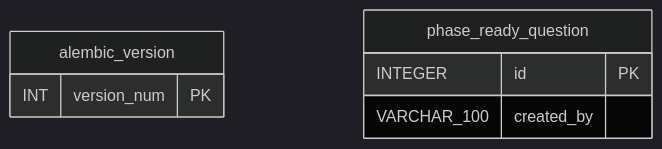
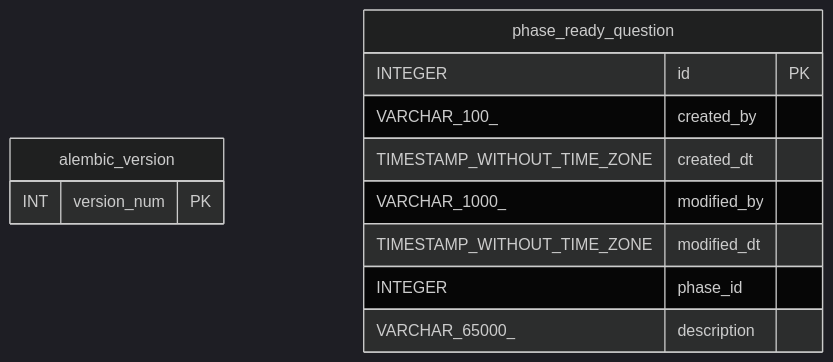
Before and after one commit to michaelaltmann/testmd: the diagram in README.md, drawn with Mermaid (dark theme).

````diff
--- a/README.md
+++ b/README.md
@@ -1,10 +1,15 @@
 ```mermaid
 erDiagram
 alembic_version {
    INT version_num PK
 }
 phase_ready_question {
     INTEGER id PK
-    VARCHAR_100 created_by
+    VARCHAR_100_ created_by 
+    TIMESTAMP_WITHOUT_TIME_ZONE created_dt 
+    VARCHAR_1000_ modified_by 
+    TIMESTAMP_WITHOUT_TIME_ZONE modified_dt 
+    INTEGER phase_id 
+    VARCHAR_65000_ description 
 }
 ```
````
